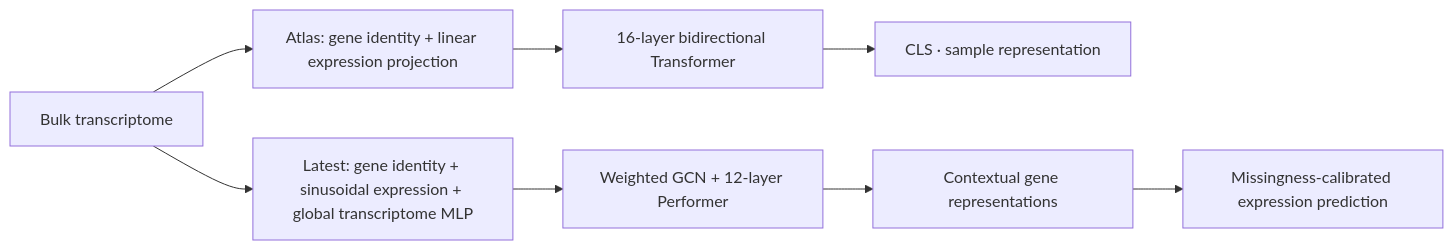
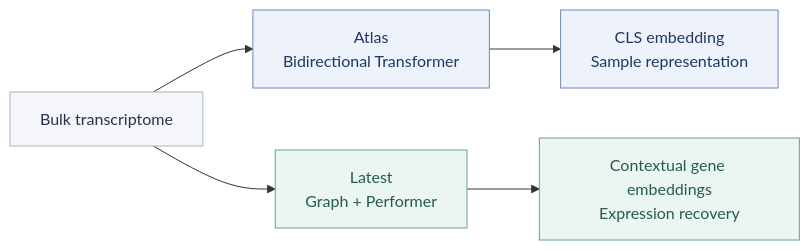
One commit to KangBoming/BulkFormer changed the diagram in README.md. Above: the diagram before and after it, drawn with Mermaid. The commit also changed other lines of this file and 15 other files, not shown here.

````diff
--- a/README.md
+++ b/README.md
@@ -31,10 +32,13 @@
 ```mermaid
 flowchart LR
-    R["Bulk transcriptome"] --> A["Atlas: gene identity + linear expression projection"]
-    A --> T["16-layer bidirectional Transformer"]
-    T --> C["CLS · sample representation"]
-    R --> L["Latest: gene identity + sinusoidal expression + global transcriptome MLP"]
-    L --> G["Weighted GCN + 12-layer Performer"]
-    G --> E["Contextual gene representations"]
-    E --> P["Missingness-calibrated expression prediction"]
+    X["Bulk transcriptome"] --> A["Atlas<br/>Bidirectional Transformer"]
+    A --> S["CLS embedding<br/>Sample representation"]
+    X --> L["Latest<br/>Graph + Performer"]
+    L --> G["Contextual gene embeddings<br/>Expression recovery"]
+    classDef input fill:#F4F6F9,stroke:#A8B4C4,color:#263449
+    classDef atlas fill:#EDF2FB,stroke:#6D8BB8,color:#203864
+    classDef latest fill:#EBF5F1,stroke:#6A9F91,color:#245C50
+    class X input
+    class A,S atlas
+    class L,G latest
 ```
````
